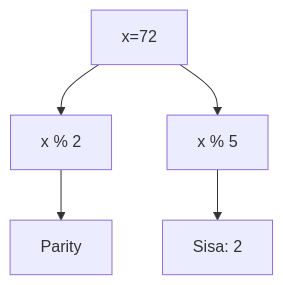
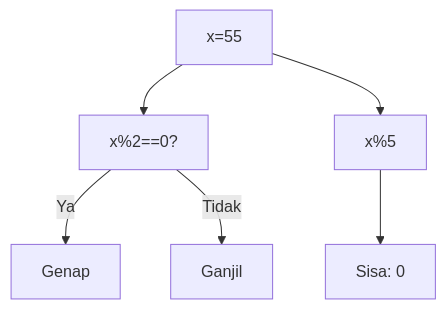
One commit to amnahwaida/OSNK_INF_PREP changed the fourth of 25 diagrams in part-c-pemahaman-cpp/04-fungsi/latihan/set-12.md. Above: the diagram before and after it, drawn with Mermaid. The commit also changed other lines of this file and 71 other files, not shown here.

Commit message:
Fixed Mermaid syntax lexical errors with quoted labels in 1,800 questions

````diff
--- a/part-c-pemahaman-cpp/04-fungsi/latihan/set-12.md
+++ b/part-c-pemahaman-cpp/04-fungsi/latihan/set-12.md
@@ -147,7 +110,8 @@
 ```mermaid
 graph TD
-A[x=72] --> B[x % 2]
-B --> C[Parity]
-A --> D[x % 5]
-D --> E[Sisa: 2]
+A["x=55"] --> B["x%2==0?"]
+B -- Ya --> C["Genap"]
+B -- Tidak --> D["Ganjil"]
+A --> E["x%5"]
+E --> F["Sisa: 0"]
 ```
````
